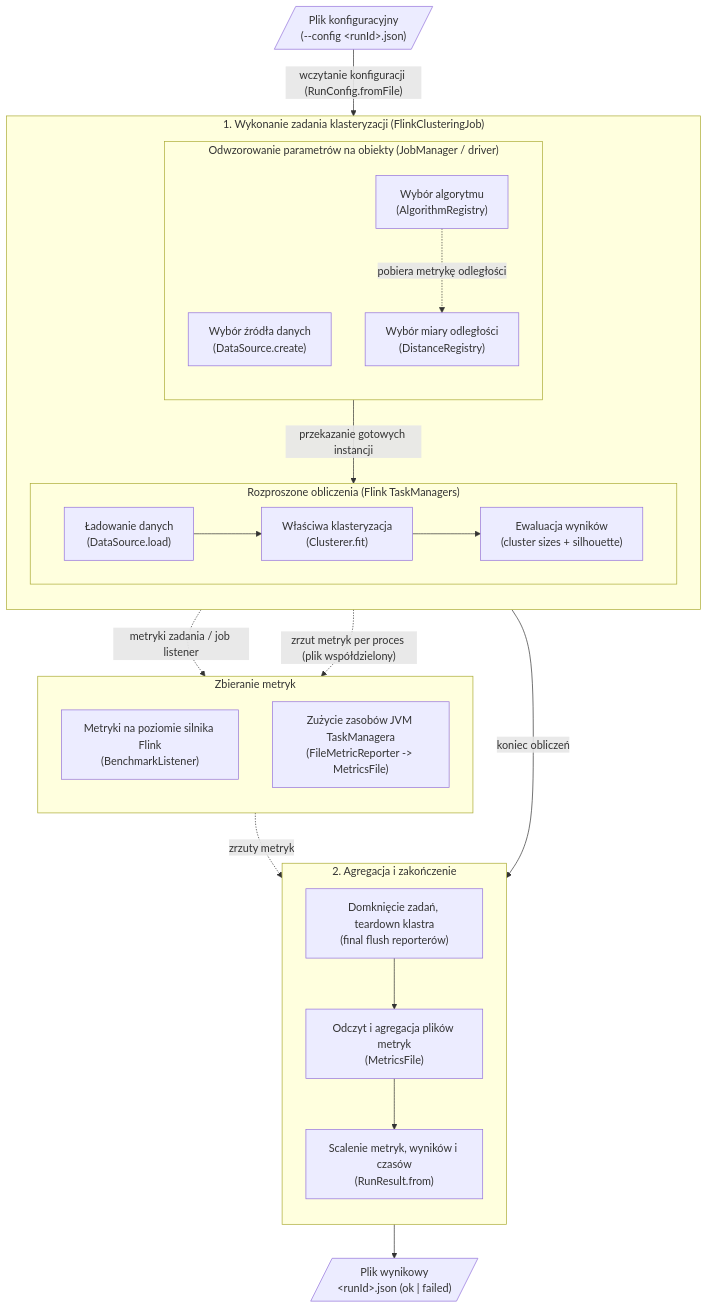
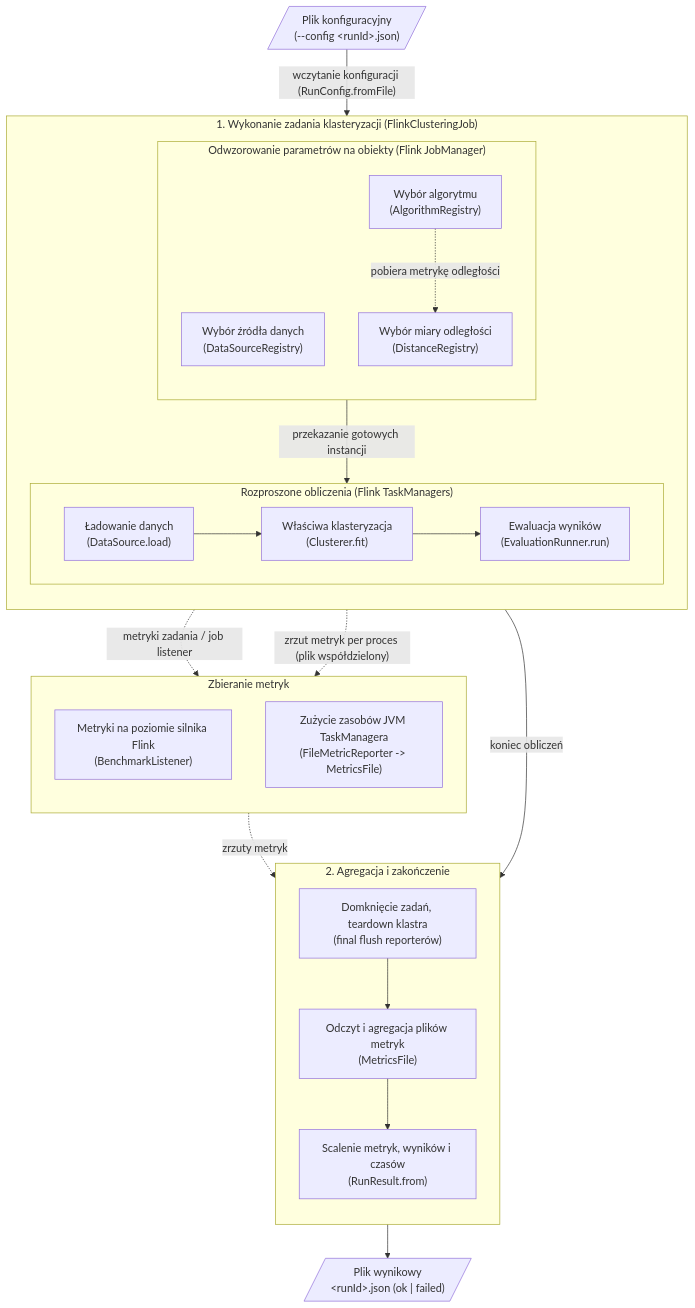
One commit to natix-x/flink-clustering-algorithms changed the diagram in README.md. Above: the diagram before and after it, drawn with Mermaid. The commit also changed other lines of this file and 42 other files, not shown here.

````diff
--- a/README.md
+++ b/README.md
@@ -47,48 +47,48 @@
 ```mermaid
 flowchart TD
   CONF[/"Plik konfiguracyjny<br/>(--config &lt;runId&gt;.json)"/] -->|"wczytanie konfiguracji (RunConfig.fromFile)"| JOB
 
   subgraph JOB ["1. Wykonanie zadania klasteryzacji (FlinkClusteringJob)"]
     direction TB
 
-    subgraph REG ["Odwzorowanie parametrów na obiekty (JobManager / driver)"]
+    subgraph REG ["Odwzorowanie parametrów na obiekty (Flink JobManager)"]
       direction TB
-      DSR["Wybór źródła danych<br/>(DataSource.create)"]
+      DSR["Wybór źródła danych<br/>(DataSourceRegistry)"]
       ALGOR["Wybór algorytmu<br/>(AlgorithmRegistry)"]
       DIST["Wybór miary odległości<br/>(DistanceRegistry)"]
 
       ALGOR -.->|"pobiera metrykę odległości"| DIST
     end
 
     subgraph CLUSTER ["Rozproszone obliczenia (Flink TaskManagers)"]
       direction LR
-      LOAD["Ładowanie danych<br/>(DataSource.load)"] --> FIT["Właściwa klasteryzacja<br/>(Clusterer.fit)"] --> EVAL["Ewaluacja wyników<br/>(cluster sizes + silhouette)"]
+      LOAD["Ładowanie danych<br/>(DataSource.load)"] --> FIT["Właściwa klasteryzacja<br/>(Clusterer.fit)"] --> EVAL["Ewaluacja wyników<br/>(EvaluationRunner.run)"]
     end
 
     REG -->|"przekazanie gotowych instancji"| LOAD
   end
 
   subgraph TELE ["Zbieranie metryk"]
     direction TB
     BL["Metryki na poziomie silnika Flink<br/>(BenchmarkListener)"]
     FMR["Zużycie zasobów JVM TaskManagera<br/>(FileMetricReporter -> MetricsFile)"]
   end
 
   CLUSTER -.->|"metryki zadania / job listener"| BL
   CLUSTER -.->|"zrzut metryk per proces (plik współdzielony)"| FMR
 
   CLUSTER -->|"koniec obliczeń"| STOP
 
   subgraph FINISH ["2. Agregacja i zakończenie"]
     direction TB
     STOP["Domknięcie zadań, teardown klastra<br/>(final flush reporterów)"]
     READ["Odczyt i agregacja plików metryk<br/>(MetricsFile)"]
     RES["Scalenie metryk, wyników i czasów<br/>(RunResult.from)"]
 
     STOP --> READ
     READ --> RES
   end
 
   TELE -.->|"zrzuty metryk"| READ
   RES --> OUT[/"Plik wynikowy<br/>&lt;runId&gt;.json (ok | failed)"/]
 ```
````
